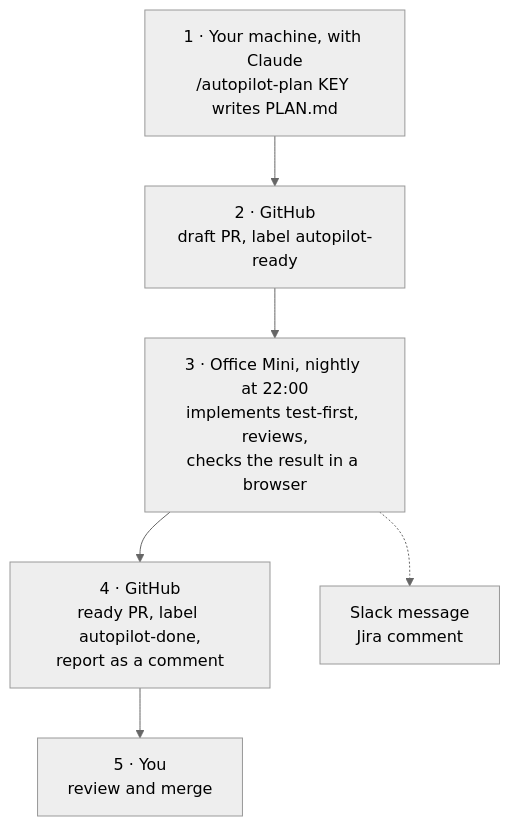
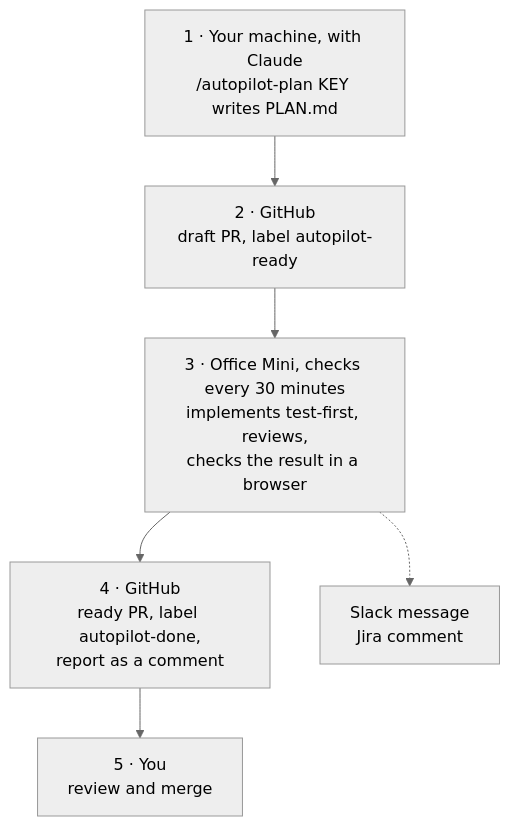
Before and after one commit to evelan-de/claude-code-plugins: the first of 7 diagrams in docs/autopilot-developer-guide.md, drawn with Mermaid (neutral theme). The commit also changed other lines of this file and 6 other files, not shown here.

Commit message:
docs: the queue checks every 30 minutes, the label means start now; plugin 3.5.0

````diff
--- a/docs/autopilot-developer-guide.md
+++ b/docs/autopilot-developer-guide.md
@@ -35,8 +36,8 @@
 ```mermaid
 flowchart TB
     A["1 · Your machine, with Claude<br/>/autopilot-plan KEY writes PLAN.md"] --> B["2 · GitHub<br/>draft PR, label autopilot-ready"]
-    B --> C["3 · Office Mini, nightly at 22:00<br/>implements test-first, reviews,<br/>checks the result in a browser"]
+    B --> C["3 · Office Mini, checks every 30 minutes<br/>implements test-first, reviews,<br/>checks the result in a browser"]
     C --> D["4 · GitHub<br/>ready PR, label autopilot-done,<br/>report as a comment"]
     D --> E["5 · You<br/>review and merge"]
     C -.-> N["Slack message<br/>Jira comment"]
 ```
````
